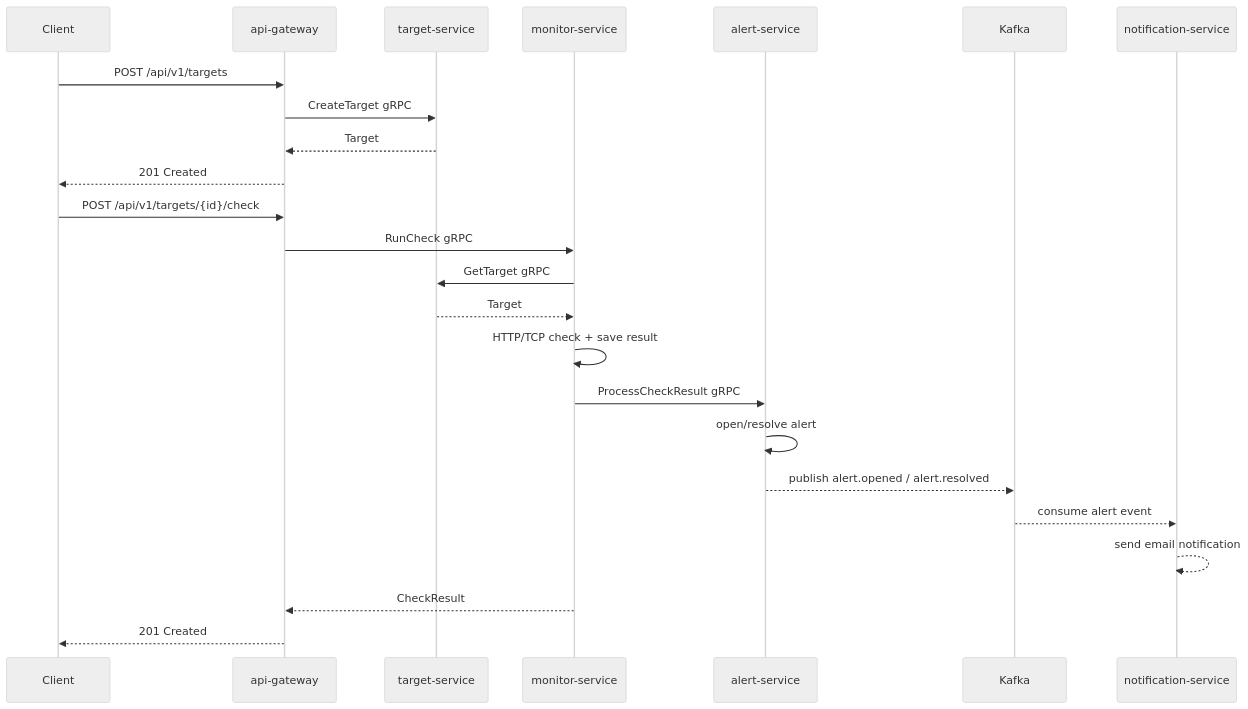
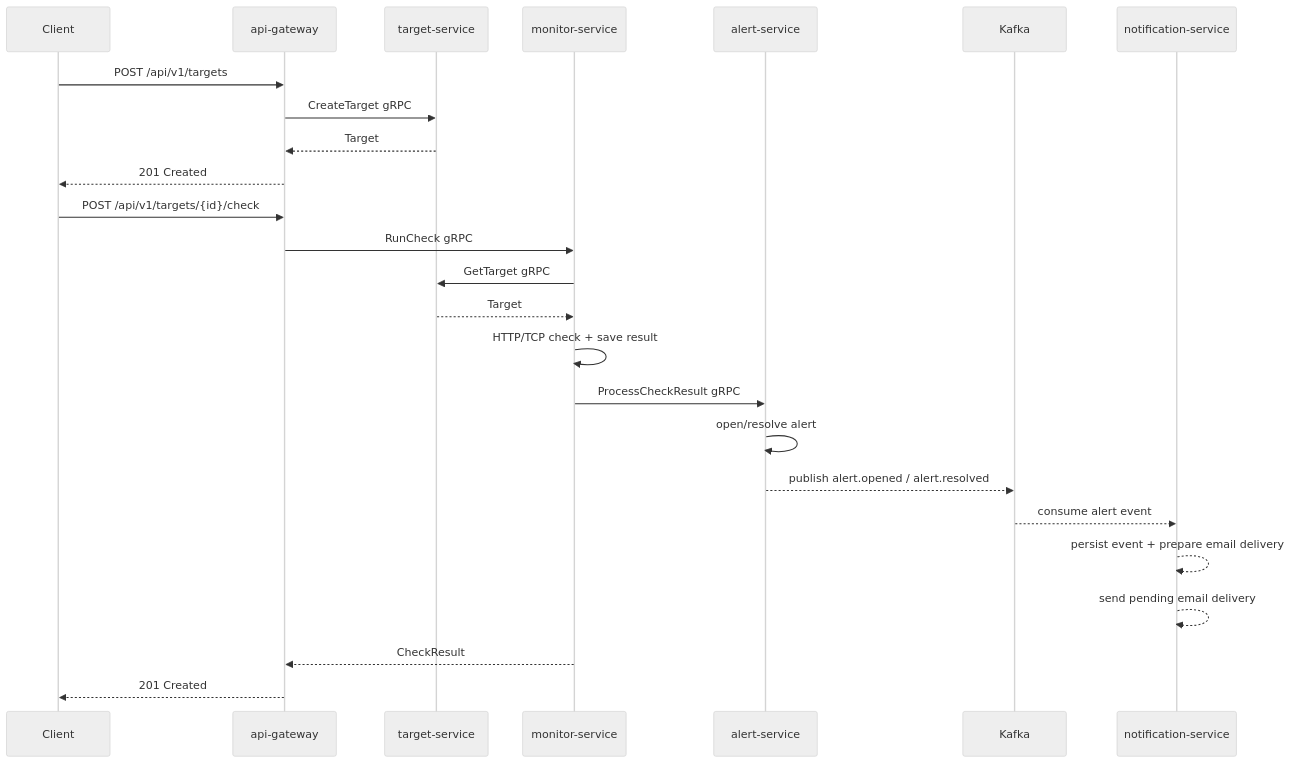
One commit to arthast/NetWatch changed the second of 2 diagrams in README.md. Above: the diagram before and after it, drawn with Mermaid (neutral theme). The commit also changed other lines of this file and 26 other files, not shown here.

Commit message:
Add notification service email delivery

````diff
--- a/README.md
+++ b/README.md
@@ -189,28 +202,29 @@
 ```mermaid
 sequenceDiagram
     participant C as Client
     participant G as api-gateway
     participant T as target-service
     participant M as monitor-service
     participant A as alert-service
     participant K as Kafka
     participant N as notification-service
 
     C->>G: POST /api/v1/targets
     G->>T: CreateTarget gRPC
     T-->>G: Target
     G-->>C: 201 Created
 
     C->>G: POST /api/v1/targets/{id}/check
     G->>M: RunCheck gRPC
     M->>T: GetTarget gRPC
     T-->>M: Target
     M->>M: HTTP/TCP check + save result
     M->>A: ProcessCheckResult gRPC
     A->>A: open/resolve alert
     A-->>K: publish alert.opened / alert.resolved
     K-->>N: consume alert event
-    N-->>N: send email notification
+    N-->>N: persist event + prepare email delivery
+    N-->>N: send pending email delivery
     M-->>G: CheckResult
     G-->>C: 201 Created
 ```
````
